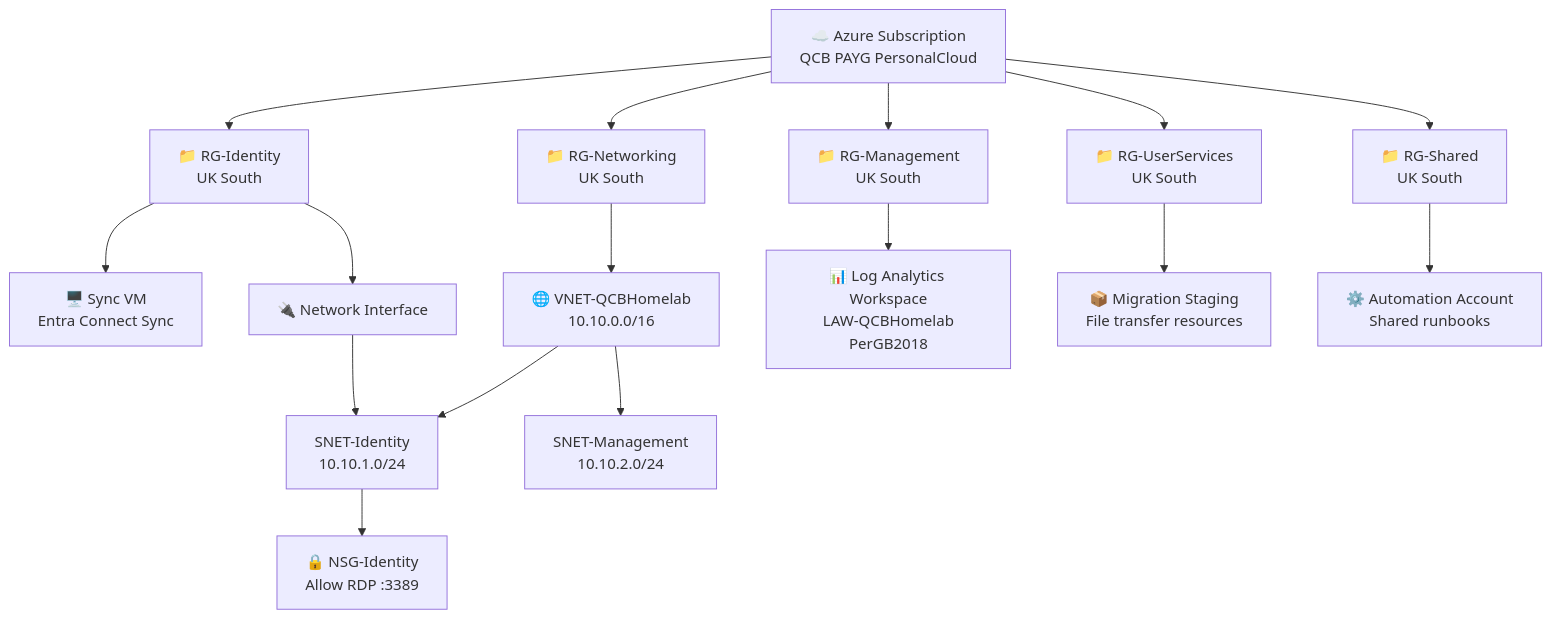
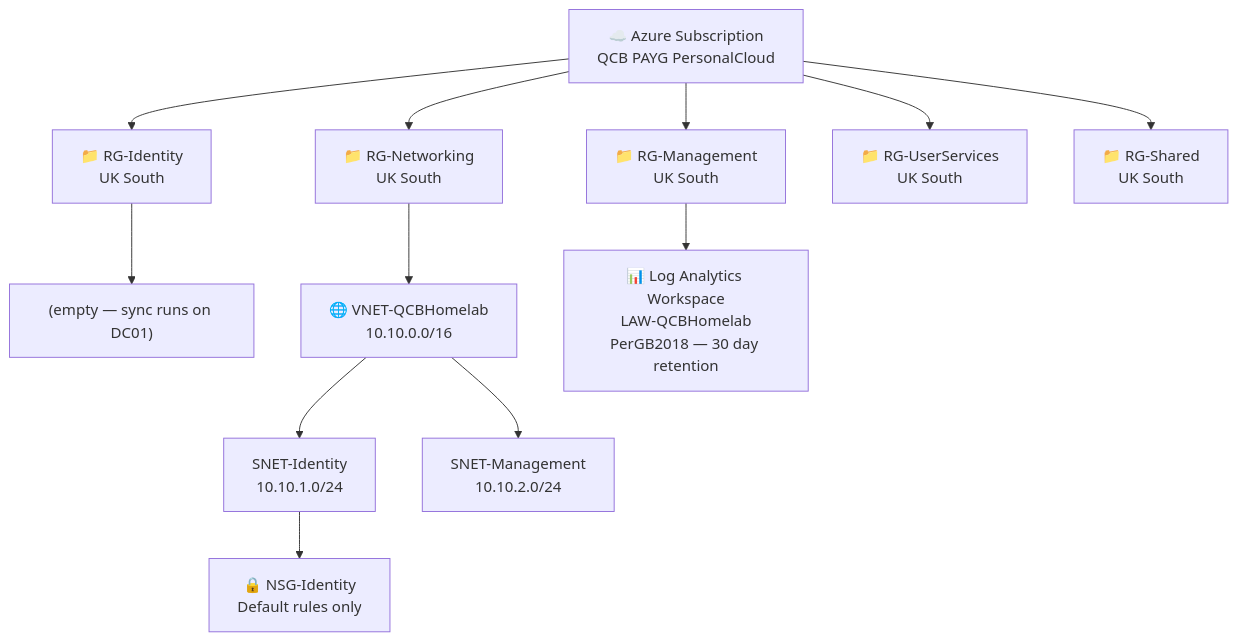
Before and after one commit to sandtiger76/engineering-portfolio: the diagram in m365-hybrid/docs/03-azure-setup.md, drawn with Mermaid. The commit also changed other lines of this file and 11 other files, not shown here.

````diff
--- a/m365-hybrid/docs/03-azure-setup.md
+++ b/m365-hybrid/docs/03-azure-setup.md
@@ -35,26 +76,19 @@
 ```mermaid
 graph TD
     SUB["☁️ Azure Subscription\nQCB PAYG PersonalCloud"]
 
     SUB --> RGI["📁 RG-Identity\nUK South"]
     SUB --> RGN["📁 RG-Networking\nUK South"]
     SUB --> RGM["📁 RG-Management\nUK South"]
     SUB --> RGU["📁 RG-UserServices\nUK South"]
     SUB --> RGS["📁 RG-Shared\nUK South"]
 
-    RGI --> SVM["🖥️ Sync VM\nEntra Connect Sync"]
-    RGI --> NIC["🔌 Network Interface"]
+    RGI --> NOTE["(empty — sync runs on DC01)"]
 
     RGN --> VNET["🌐 VNET-QCBHomelab\n10.10.0.0/16"]
     VNET --> SNI["SNET-Identity\n10.10.1.0/24"]
     VNET --> SNM["SNET-Management\n10.10.2.0/24"]
-    SNI --> NSG["🔒 NSG-Identity\nAllow RDP :3389"]
+    SNI --> NSG["🔒 NSG-Identity\nDefault rules only"]
 
-    RGM --> LAW["📊 Log Analytics Workspace\nLAW-QCBHomelab\nPerGB2018"]
-
-    RGU --> STG["📦 Migration Staging\nFile transfer resources"]
-
-    RGS --> AUTO["⚙️ Automation Account\nShared runbooks"]
-
-    NIC --> SNI
+    RGM --> LAW["📊 Log Analytics Workspace\nLAW-QCBHomelab\nPerGB2018 — 30 day retention"]
 ```
````
